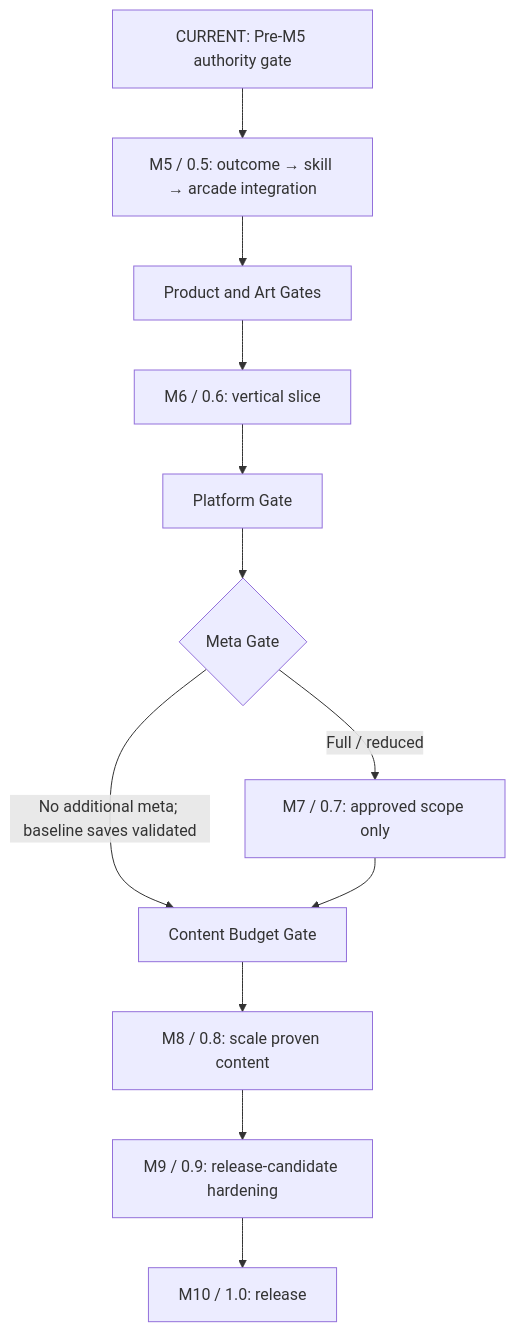
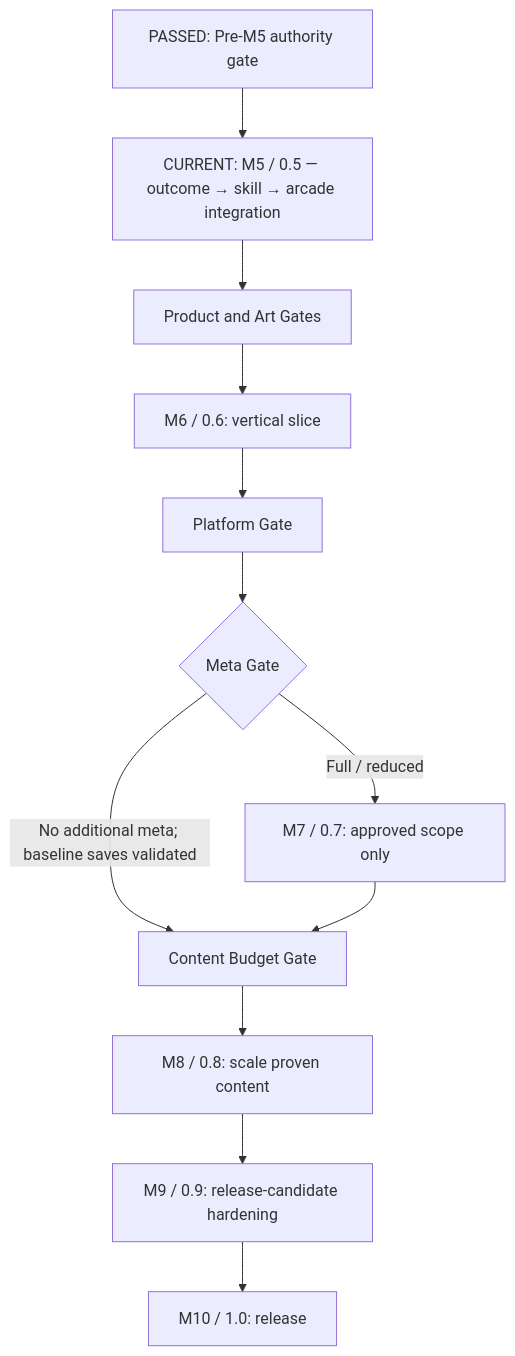
One commit to bongohorse/monster-girl-delivery changed the diagram in docs/ROADMAP.md. Above: the diagram before and after it, drawn with Mermaid. The commit also changed other lines of this file and 6 other files, not shown here.

````diff
--- a/docs/ROADMAP.md
+++ b/docs/ROADMAP.md
@@ -623,14 +623,14 @@
 ```mermaid
 flowchart TD
-  PRE["CURRENT: Pre-M5 authority gate"] --> M5["M5 / 0.5: outcome → skill → arcade integration"]
+  PRE["PASSED: Pre-M5 authority gate"] --> M5["CURRENT: M5 / 0.5 — outcome → skill → arcade integration"]
   M5 --> PRODUCT["Product and Art Gates"]
   PRODUCT --> M6["M6 / 0.6: vertical slice"]
   M6 --> PLATFORM["Platform Gate"]
   PLATFORM --> META{"Meta Gate"}
   META -->|"Full / reduced"| M7["M7 / 0.7: approved scope only"]
   META -->|"No additional meta; baseline saves validated"| BUDGET["Content Budget Gate"]
   M7 --> BUDGET
   BUDGET --> M8["M8 / 0.8: scale proven content"]
   M8 --> M9["M9 / 0.9: release-candidate hardening"]
   M9 --> M10["M10 / 1.0: release"]
 ```
````
